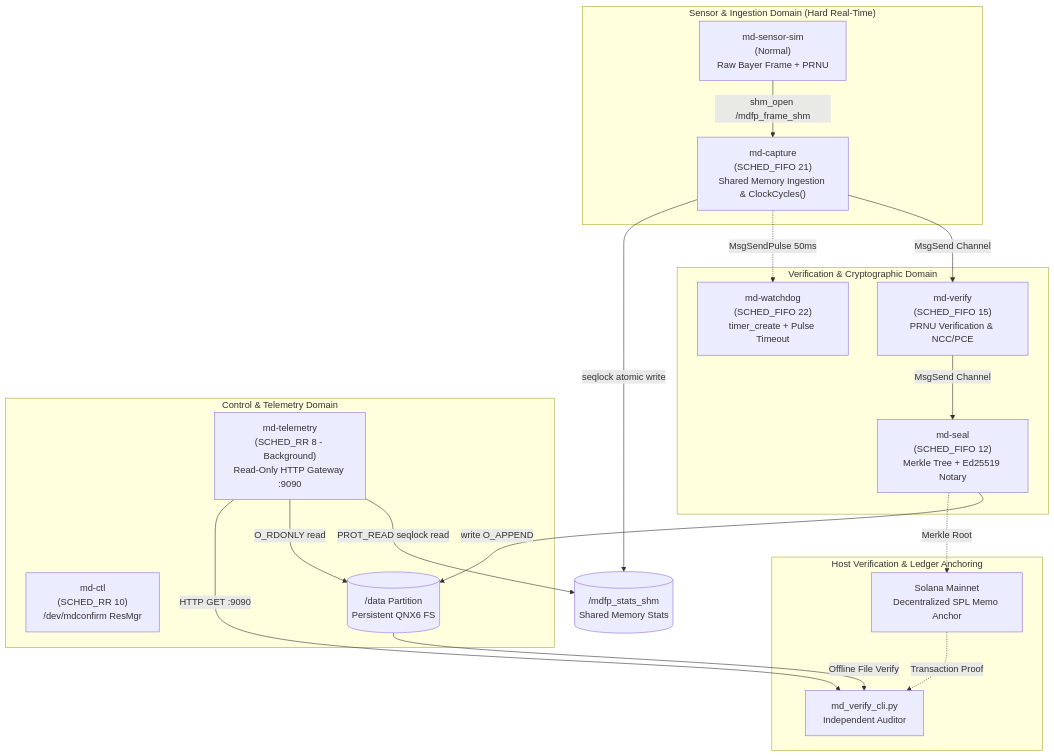
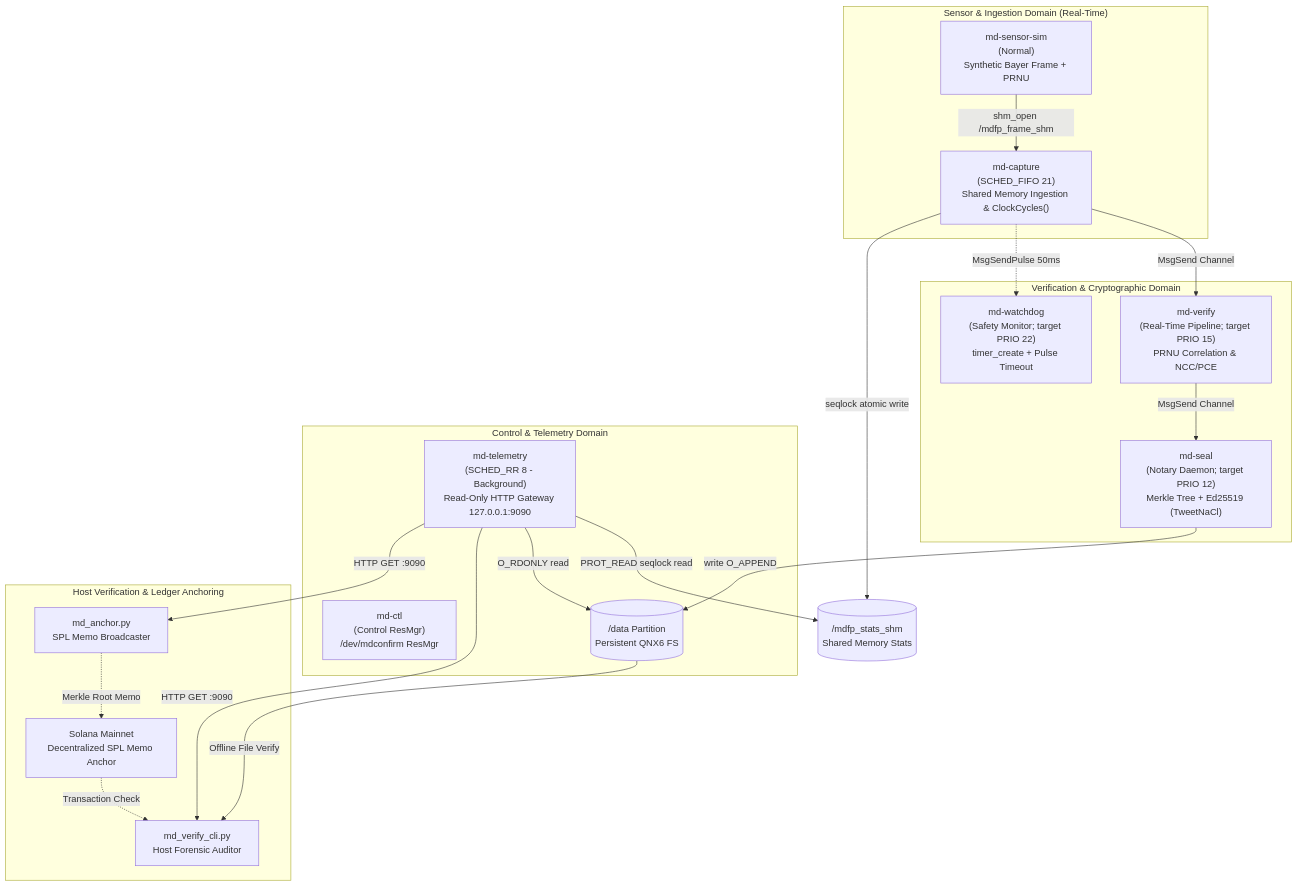
Before and after one commit to CenterDigitalTrust/MD-Confirm-RTOS: the diagram in README.md, drawn with Mermaid. The commit also changed other lines of this file and 26 other files, not shown here.

````diff
--- a/README.md
+++ b/README.md
@@ -68,39 +69,41 @@
 ```mermaid
 flowchart TD
-    subgraph SENSOR_DOMAIN["Sensor & Ingestion Domain (Hard Real-Time)"]
-        SIM["md-sensor-sim<br/>(Normal)<br/>Raw Bayer Frame + PRNU"]
+    subgraph SENSOR_DOMAIN["Sensor & Ingestion Domain (Real-Time)"]
+        SIM["md-sensor-sim<br/>(Normal)<br/>Synthetic Bayer Frame + PRNU"]
         CAP["md-capture<br/>(SCHED_FIFO 21)<br/>Shared Memory Ingestion & ClockCycles()"]
     end
 
     subgraph CRYPTO_DOMAIN["Verification & Cryptographic Domain"]
-        VER["md-verify<br/>(SCHED_FIFO 15)<br/>PRNU Verification & NCC/PCE"]
-        SEAL["md-seal<br/>(SCHED_FIFO 12)<br/>Merkle Tree + Ed25519 Notary"]
-        WDOG["md-watchdog<br/>(SCHED_FIFO 22)<br/>timer_create + Pulse Timeout"]
+        VER["md-verify<br/>(Real-Time Pipeline; target PRIO 15)<br/>PRNU Correlation & NCC/PCE"]
+        SEAL["md-seal<br/>(Notary Daemon; target PRIO 12)<br/>Merkle Tree + Ed25519 (TweetNaCl)"]
+        WDOG["md-watchdog<br/>(Safety Monitor; target PRIO 22)<br/>timer_create + Pulse Timeout"]
     end
 
     subgraph SYSTEM_DOMAIN["Control & Telemetry Domain"]
-        CTL["md-ctl<br/>(SCHED_RR 10)<br/>/dev/mdconfirm ResMgr"]
-        TEL["md-telemetry<br/>(SCHED_RR 8 - Background)<br/>Read-Only HTTP Gateway :9090"]
+        CTL["md-ctl<br/>(Control ResMgr)<br/>/dev/mdconfirm ResMgr"]
+        TEL["md-telemetry<br/>(SCHED_RR 8 - Background)<br/>Read-Only HTTP Gateway 127.0.0.1:9090"]
         FS[("/data Partition<br/>Persistent QNX6 FS")]
     end
 
     subgraph HOST_DOMAIN["Host Verification & Ledger Anchoring"]
-        CLI["md_verify_cli.py<br/>Independent Auditor"]
+        CLI["md_verify_cli.py<br/>Host Forensic Auditor"]
+        ANCH["md_anchor.py<br/>SPL Memo Broadcaster"]
         SOL["Solana Mainnet<br/>Decentralized SPL Memo Anchor"]
     end
 
     SIM -->|shm_open /mdfp_frame_shm| CAP
     CAP -->|MsgSend Channel| VER
     VER -->|MsgSend Channel| SEAL
     CAP -.->|MsgSendPulse 50ms| WDOG
     SEAL -->|write O_APPEND| FS
 
     CAP -->|seqlock atomic write| SHM_STATS[("/mdfp_stats_shm<br/>Shared Memory Stats")]
     TEL -->|PROT_READ seqlock read| SHM_STATS
     TEL -->|O_RDONLY read| FS
 
     TEL -->|HTTP GET :9090| CLI
-    SEAL -.->|Merkle Root| SOL
-    SOL -.->|Transaction Proof| CLI
+    TEL -->|HTTP GET :9090| ANCH
+    ANCH -.->|Merkle Root Memo| SOL
+    SOL -.->|Transaction Check| CLI
     FS -->|Offline File Verify| CLI
 ```
````
